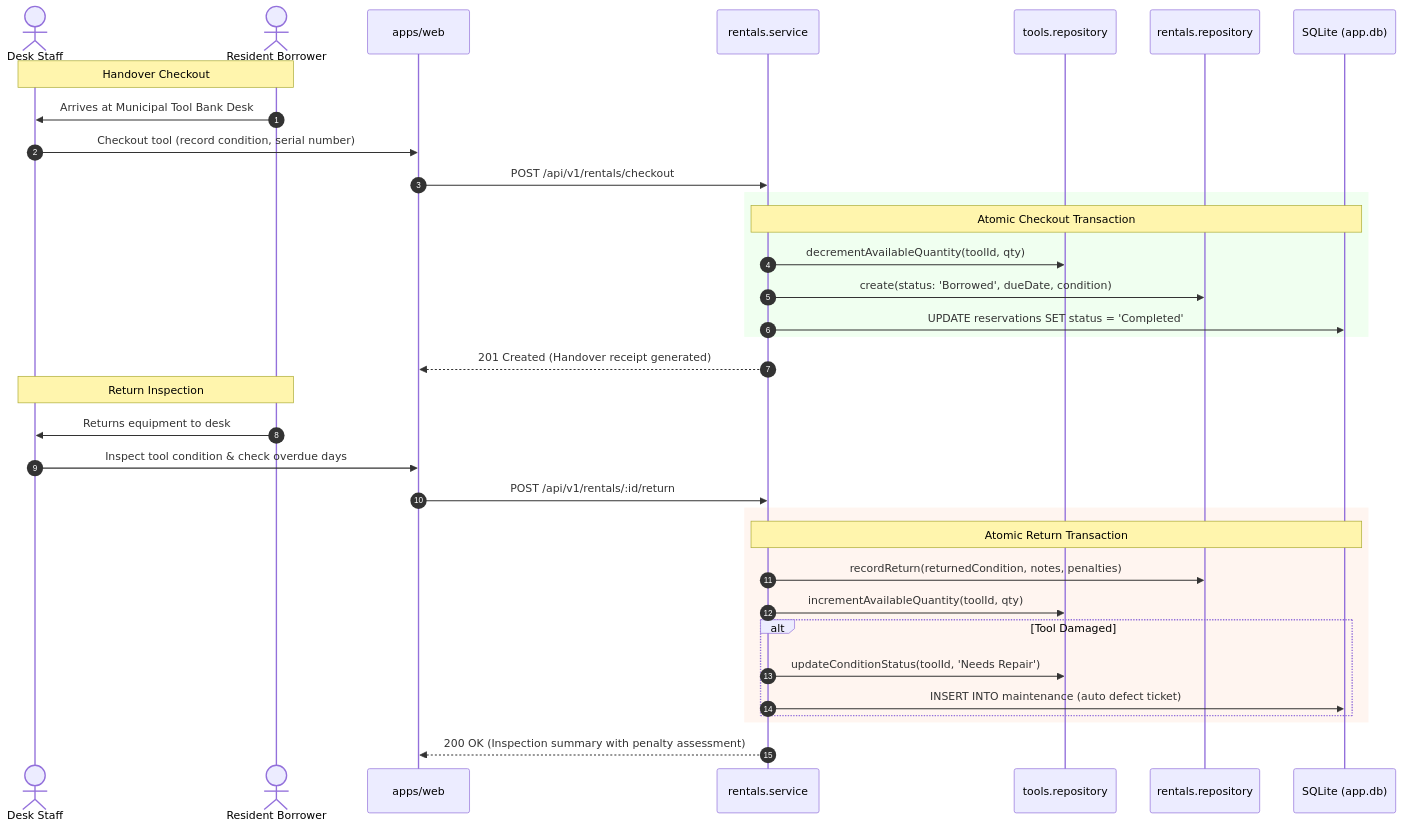
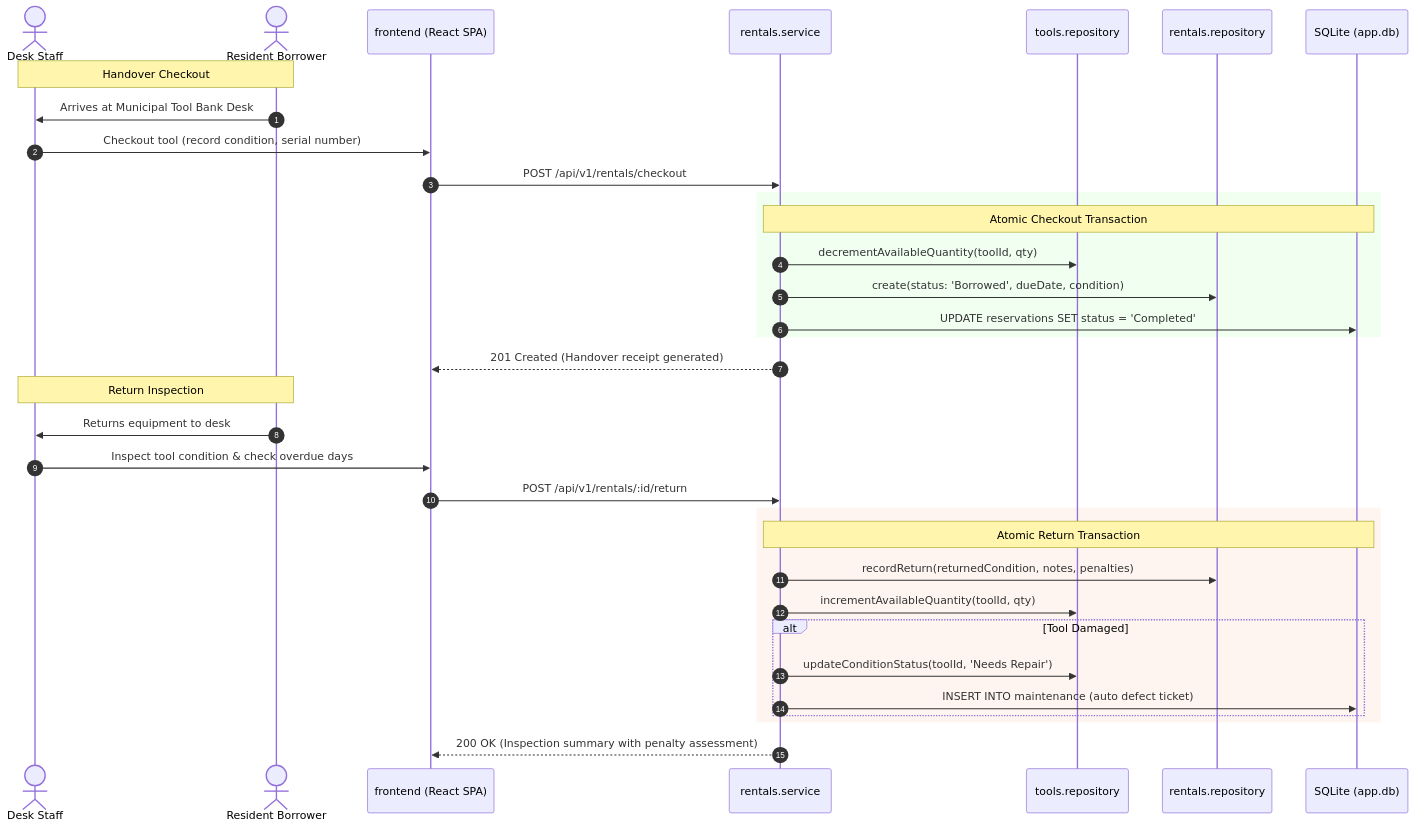
One commit to J3SS25/MCTED changed the third of 4 diagrams in Development/Documentation/Business_Workflows.md. Above: the diagram before and after it, drawn with Mermaid. The commit also changed other lines of this file and 28 other files, not shown here.

````diff
--- a/Development/Documentation/Business_Workflows.md
+++ b/Development/Documentation/Business_Workflows.md
@@ -93,40 +93,40 @@
 ```mermaid
 sequenceDiagram
     autonumber
     actor Staff as Desk Staff
     actor Borrower as Resident Borrower
-    participant Web as apps/web
+    participant Web as frontend (React SPA)
     participant RentalSvc as rentals.service
     participant ToolRepo as tools.repository
     participant RentalRepo as rentals.repository
     participant DB as SQLite (app.db)
 
     Note over Borrower, Staff: Handover Checkout
     Borrower->>Staff: Arrives at Municipal Tool Bank Desk
     Staff->>Web: Checkout tool (record condition, serial number)
     Web->>RentalSvc: POST /api/v1/rentals/checkout
 
     rect rgb(240, 255, 240)
         Note over RentalSvc, DB: Atomic Checkout Transaction
         RentalSvc->>ToolRepo: decrementAvailableQuantity(toolId, qty)
         RentalSvc->>RentalRepo: create(status: 'Borrowed', dueDate, condition)
         RentalSvc->>DB: UPDATE reservations SET status = 'Completed'
     end
     RentalSvc-->>Web: 201 Created (Handover receipt generated)
 
     Note over Borrower, Staff: Return Inspection
     Borrower->>Staff: Returns equipment to desk
     Staff->>Web: Inspect tool condition & check overdue days
     Web->>RentalSvc: POST /api/v1/rentals/:id/return
 
     rect rgb(255, 245, 240)
         Note over RentalSvc, DB: Atomic Return Transaction
         RentalSvc->>RentalRepo: recordReturn(returnedCondition, notes, penalties)
         RentalSvc->>ToolRepo: incrementAvailableQuantity(toolId, qty)
         alt Tool Damaged
             RentalSvc->>ToolRepo: updateConditionStatus(toolId, 'Needs Repair')
             RentalSvc->>DB: INSERT INTO maintenance (auto defect ticket)
         end
     end
     RentalSvc-->>Web: 200 OK (Inspection summary with penalty assessment)
 ```
````
